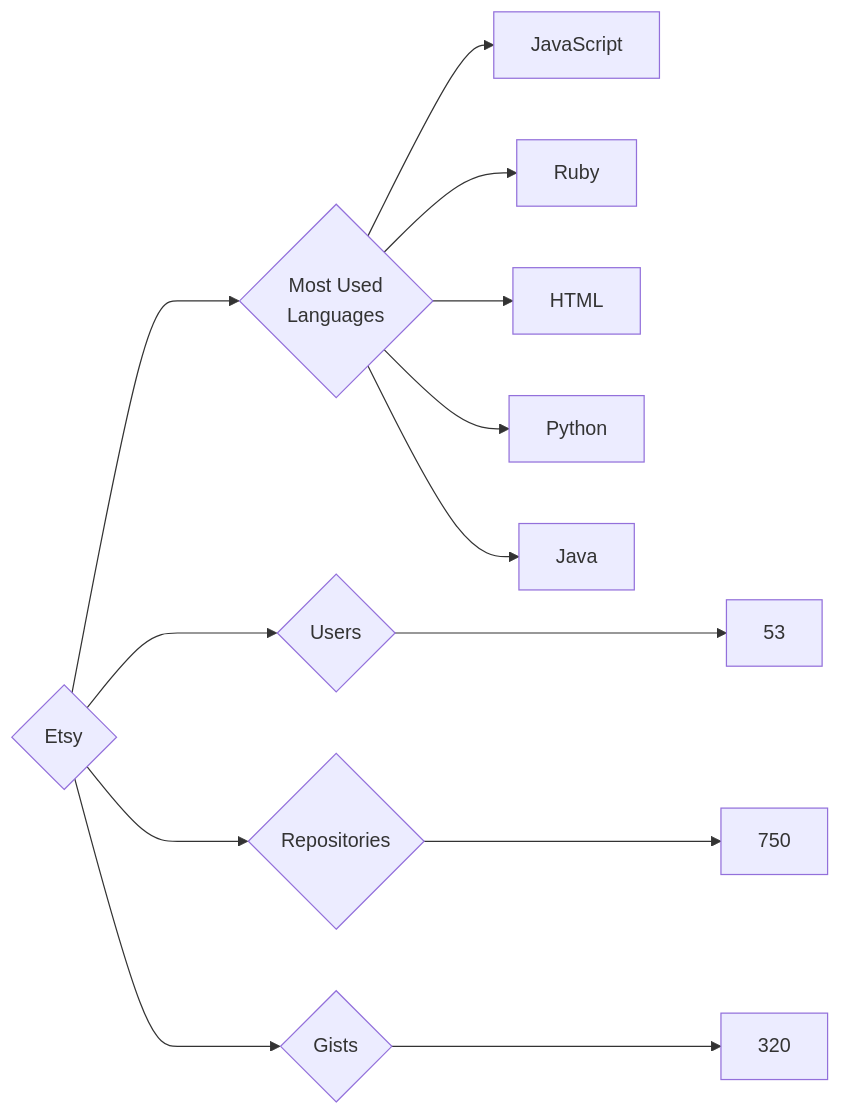
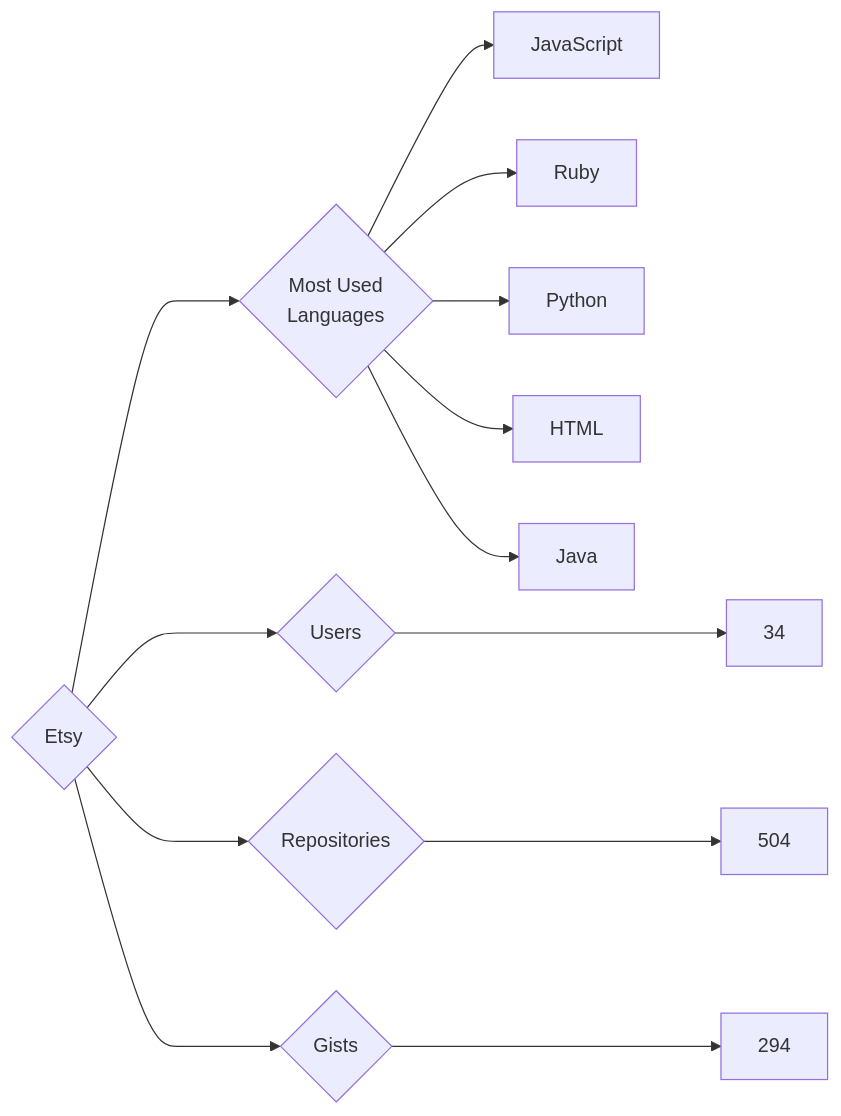
The diagram in targets/Etsy/README.md (trickest/insiders), drawn with Mermaid before and after one commit. The commit also changed 736 other files, not shown here.

````diff
--- a/targets/Etsy/README.md
+++ b/targets/Etsy/README.md
@@ -3,13 +3,13 @@
 ```mermaid
 graph LR
 COMPANY_NAME{Etsy}
-COMPANY_NAME ---> U{Users} ---> UN[53]
-COMPANY_NAME ---> R{Repositories} ---> RN[750]
-COMPANY_NAME ---> G{Gists} ---> GN[320]
+COMPANY_NAME ---> U{Users} ---> UN[34]
+COMPANY_NAME ---> R{Repositories} ---> RN[504]
+COMPANY_NAME ---> G{Gists} ---> GN[294]
 COMPANY_NAME ---> ML{Most Used<br>Languages}
 ML --> JavaScript[JavaScript]
 ML --> Ruby[Ruby]
+ML --> Python[Python]
 ML --> HTML[HTML]
-ML --> Python[Python]
 ML --> Java[Java]
 ```
````
